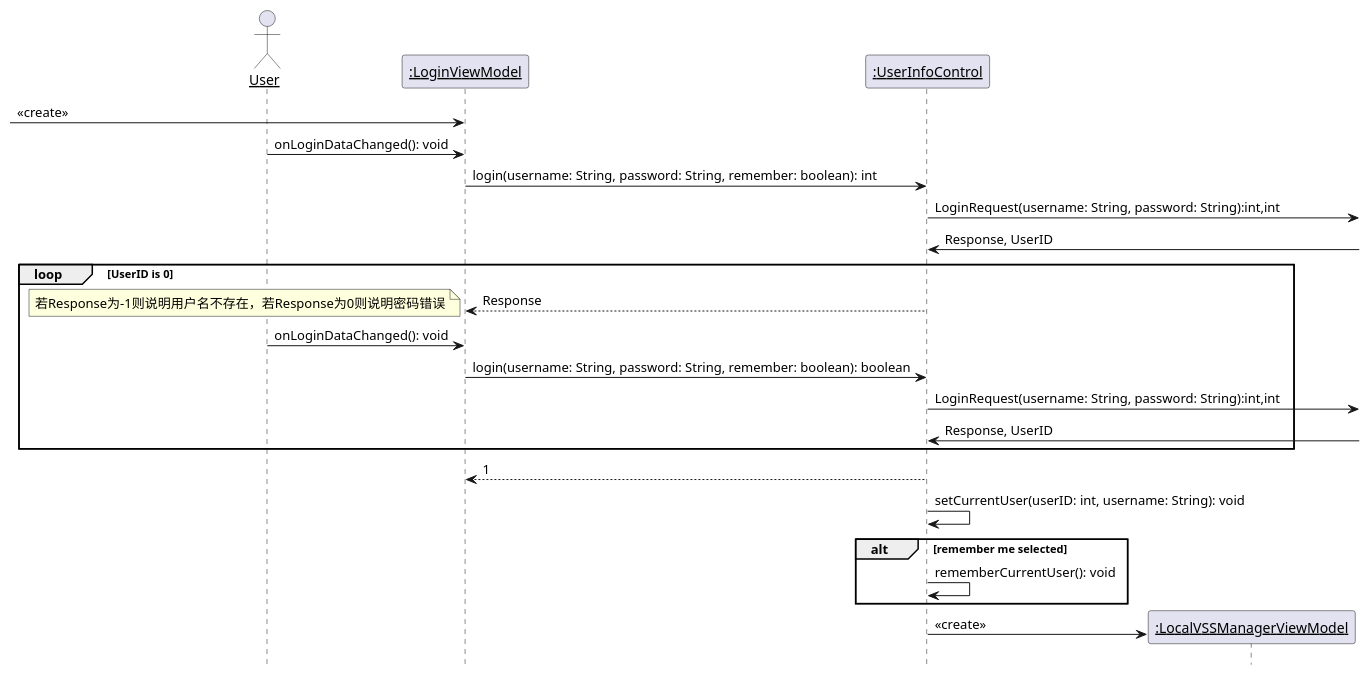
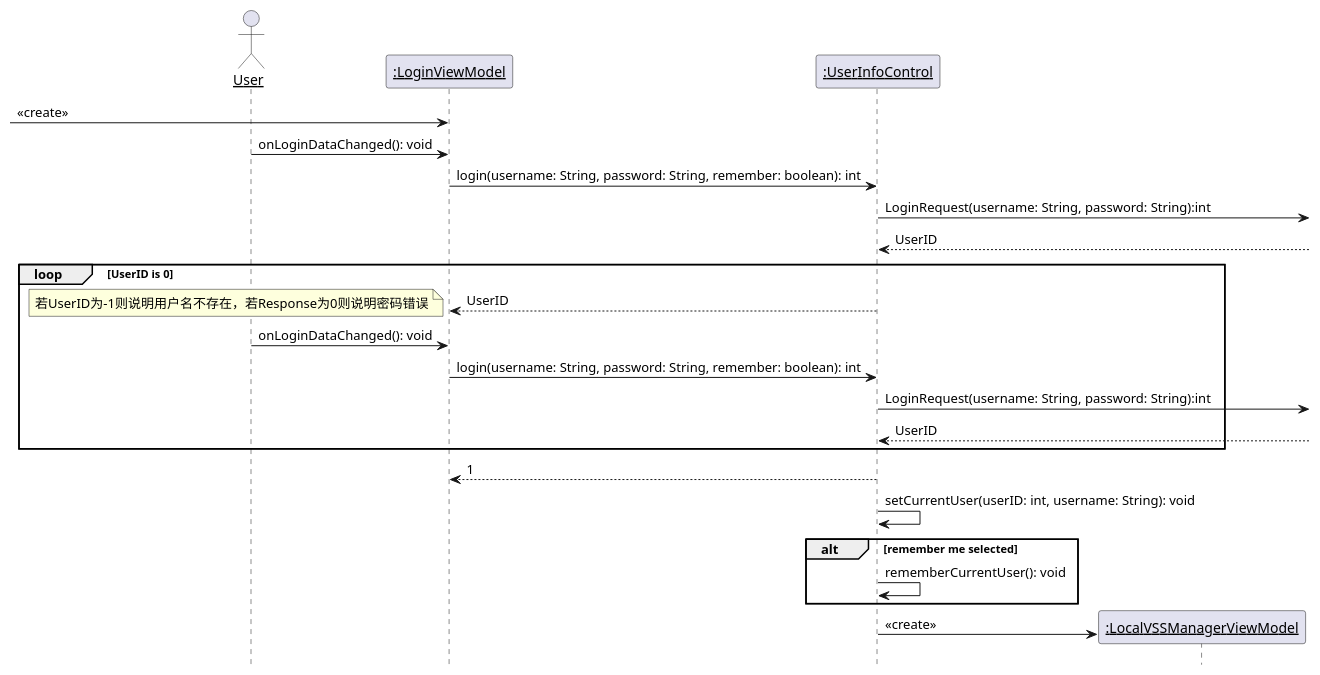
One commit to kpp19920121/doc changed the fifth of 39 diagrams in 设计/顺序图.md. Above: the diagram before and after it, drawn with PlantUML. The commit also changed other lines of this file, not shown here.

Commit message:
更新了含服务器端部分的顺序图

````diff
--- a/设计/顺序图.md
+++ b/设计/顺序图.md
@@ -131,35 +134,35 @@
 ```PlantUML
 @startuml Diagrams/Login
 hide footbox
 skinparam sequenceParticipant underline
 
 actor User as user
 participant ":LoginViewModel" as boundary
 participant ":UserInfoControl" as control
 participant ":LocalVSSManagerViewModel" as nextpage
 
 
 [-> boundary: <<create>>
 user -> boundary: onLoginDataChanged(): void
 boundary -> control: login(username: String, password: String, remember: boolean): int
-control ->: LoginRequest(username: String, password: String):int,int
-control <-:Response, UserID
+control ->: LoginRequest(username: String, password: String):int
+control <--:UserID
 
 loop UserID is 0
-    control --> boundary: Response
-    note left:若Response为-1则说明用户名不存在，若Response为0则说明密码错误
+    control --> boundary: UserID
+    note left:若UserID为-1则说明用户名不存在，若Response为0则说明密码错误
     user -> boundary: onLoginDataChanged(): void
-    boundary -> control: login(username: String, password: String, remember: boolean): boolean
-    control ->: LoginRequest(username: String, password: String):int,int
-    control <-:Response, UserID
+    boundary -> control: login(username: String, password: String, remember: boolean): int
+    control ->: LoginRequest(username: String, password: String):int
+    control <--:UserID
 end
 control --> boundary: 1
 control -> control: setCurrentUser(userID: int, username: String): void
 
 alt remember me selected
     control -> control: rememberCurrentUser(): void
 end
 create nextpage
 control -> nextpage: <<create>>
 @enduml
 ```
````
